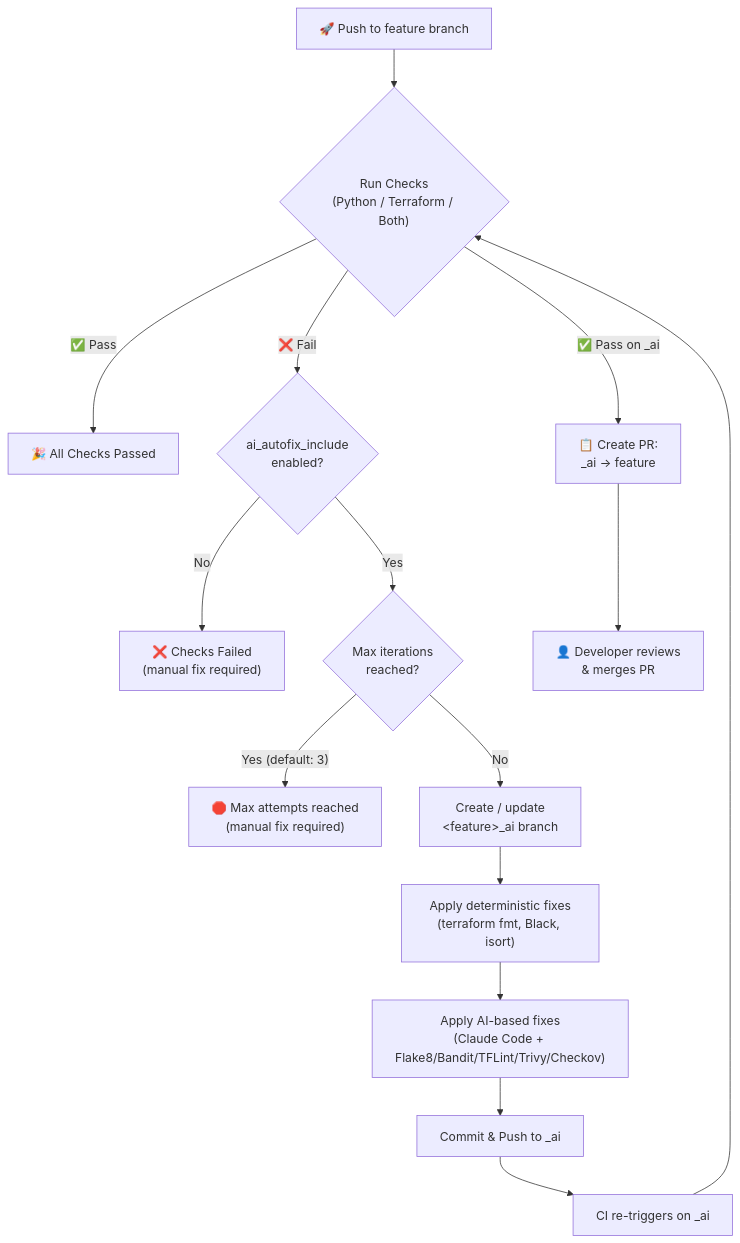
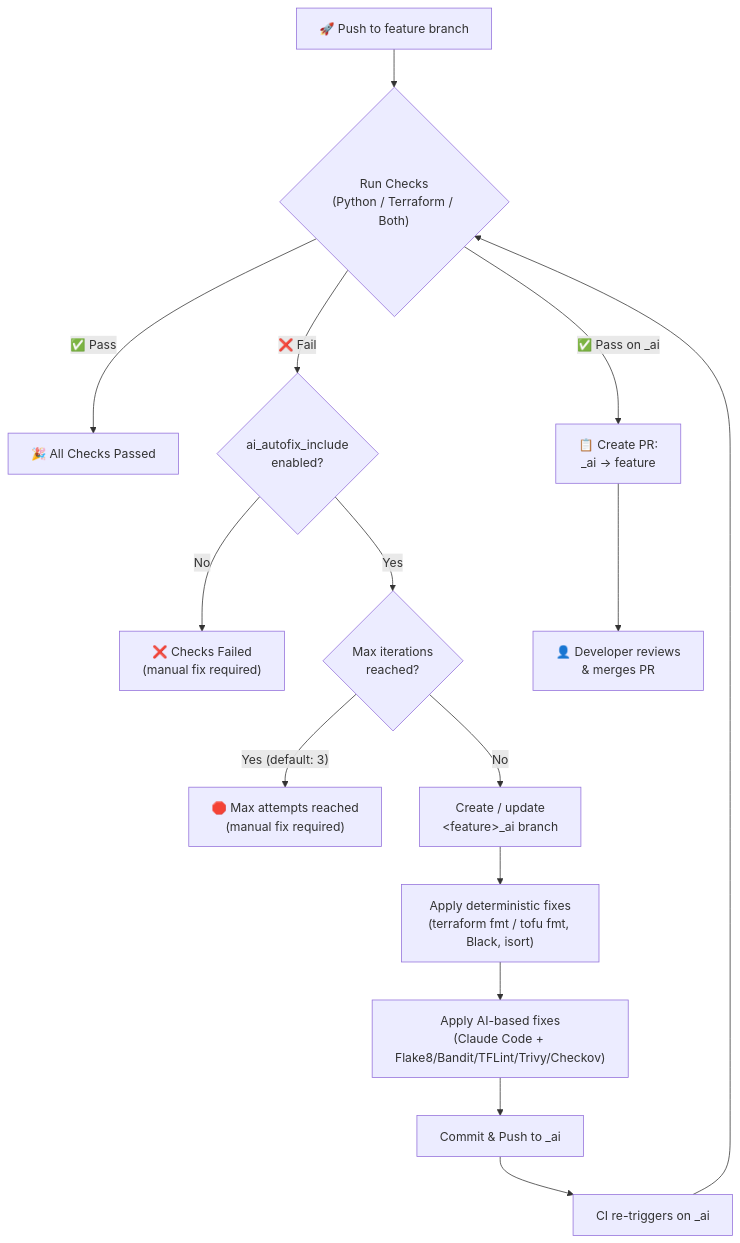
The diagram in README.md (acai-solutions/github-workflows), drawn with Mermaid before and after one commit. The commit also changed other lines of this file and 14 other files, not shown here.

````diff
--- a/README.md
+++ b/README.md
@@ -51,17 +58,17 @@
 ```mermaid
 flowchart TD
     A["🚀 Push to feature branch"] --> B{"Run Checks<br/>(Python / Terraform / Both)"}
     B -->|"✅ Pass"| C["🎉 All Checks Passed"]
     B -->|"❌ Fail"| D{"ai_autofix_include<br/>enabled?"}
     D -->|No| E["❌ Checks Failed<br/>(manual fix required)"]
     D -->|Yes| F{"Max iterations<br/>reached?"}
     F -->|"Yes (default: 3)"| G["🛑 Max attempts reached<br/>(manual fix required)"]
     F -->|No| H["Create / update<br/>&lt;feature&gt;_ai branch"]
-    H --> I["Apply deterministic fixes<br/>(terraform fmt, Black, isort)"]
+    H --> I["Apply deterministic fixes<br/>(terraform fmt / tofu fmt, Black, isort)"]
     I --> J["Apply AI-based fixes<br/>(Claude Code + Flake8/Bandit/TFLint/Trivy/Checkov)"]
     J --> K["Commit & Push to _ai"]
     K --> L["CI re-triggers on _ai"]
     L --> B
     B -->|"✅ Pass on _ai"| M["📋 Create PR:<br/>_ai → feature"]
     M --> N["👤 Developer reviews<br/>& merges PR"]
 ```
````
